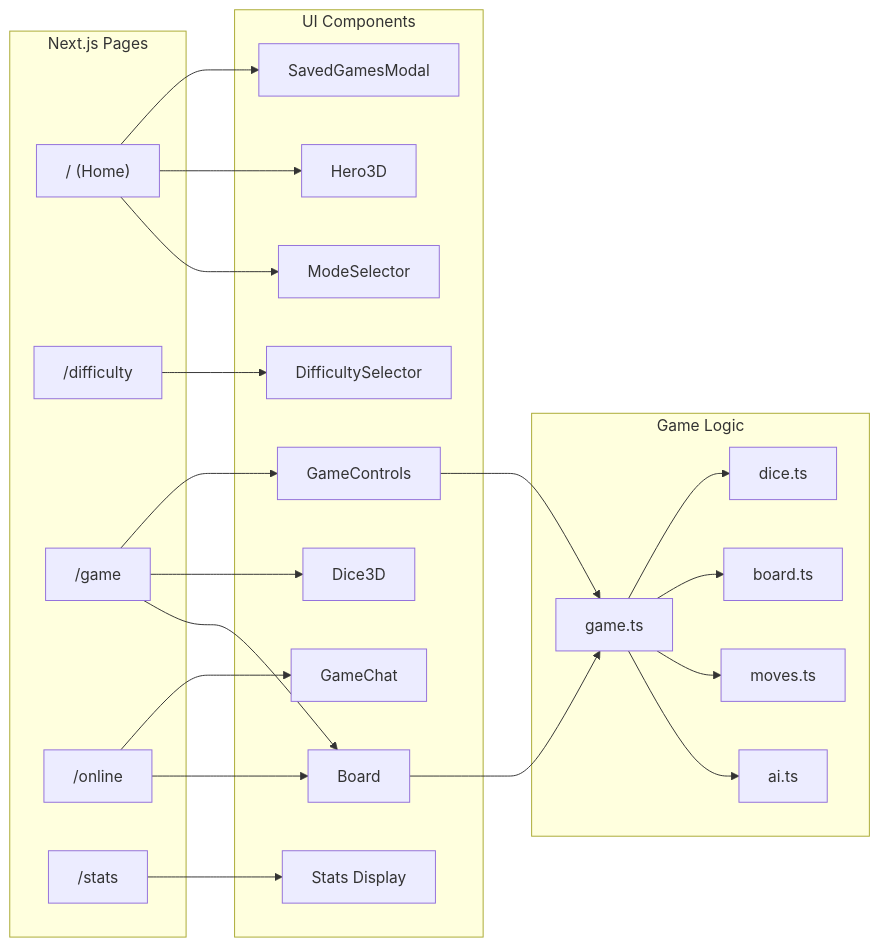
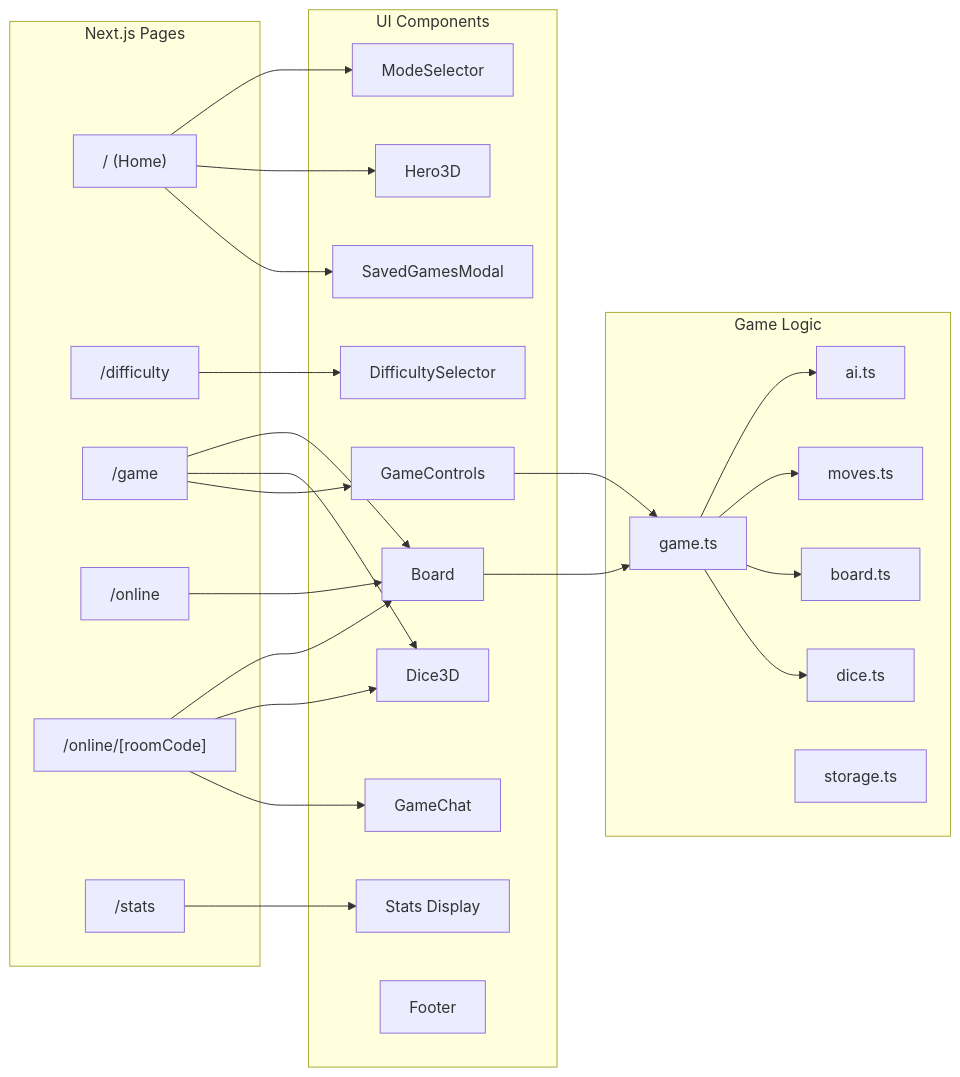
Before and after one commit to Technical-1/All-About-Me: the second of 3 diagrams in public/data/portfolio/Simple-Backgammon/architecture.md, drawn with Mermaid. The commit also changed other lines of this file and 15 other files, not shown here.

````diff
--- a/public/data/portfolio/Simple-Backgammon/architecture.md
+++ b/public/data/portfolio/Simple-Backgammon/architecture.md
@@ -43,48 +43,53 @@
 ```mermaid
 flowchart LR
     subgraph Pages["Next.js Pages"]
         Home["/ (Home)"]
         Difficulty["/difficulty"]
         Game["/game"]
         Online["/online"]
+        OnlineRoom["/online/[roomCode]"]
         Stats["/stats"]
     end
 
     subgraph Components["UI Components"]
         ModeSelector
         DifficultySelector
         Board
         Dice3D
         Hero3D
         GameControls
         GameChat
         SavedGamesModal
         Stats_Comp["Stats Display"]
+        Footer
     end
 
     subgraph Logic["Game Logic"]
         GameModule["game.ts"]
         AIModule["ai.ts"]
         MovesModule["moves.ts"]
         BoardModule["board.ts"]
         DiceModule["dice.ts"]
+        StorageModule["storage.ts"]
     end
 
     Home --> ModeSelector
     Home --> Hero3D
     Home --> SavedGamesModal
     Difficulty --> DifficultySelector
     Game --> Board
     Game --> Dice3D
     Game --> GameControls
     Online --> Board
-    Online --> GameChat
+    OnlineRoom --> Board
+    OnlineRoom --> Dice3D
+    OnlineRoom --> GameChat
     Stats --> Stats_Comp
 
     Board --> GameModule
     GameControls --> GameModule
     GameModule --> AIModule
     GameModule --> MovesModule
     GameModule --> BoardModule
     GameModule --> DiceModule
 ```
````
